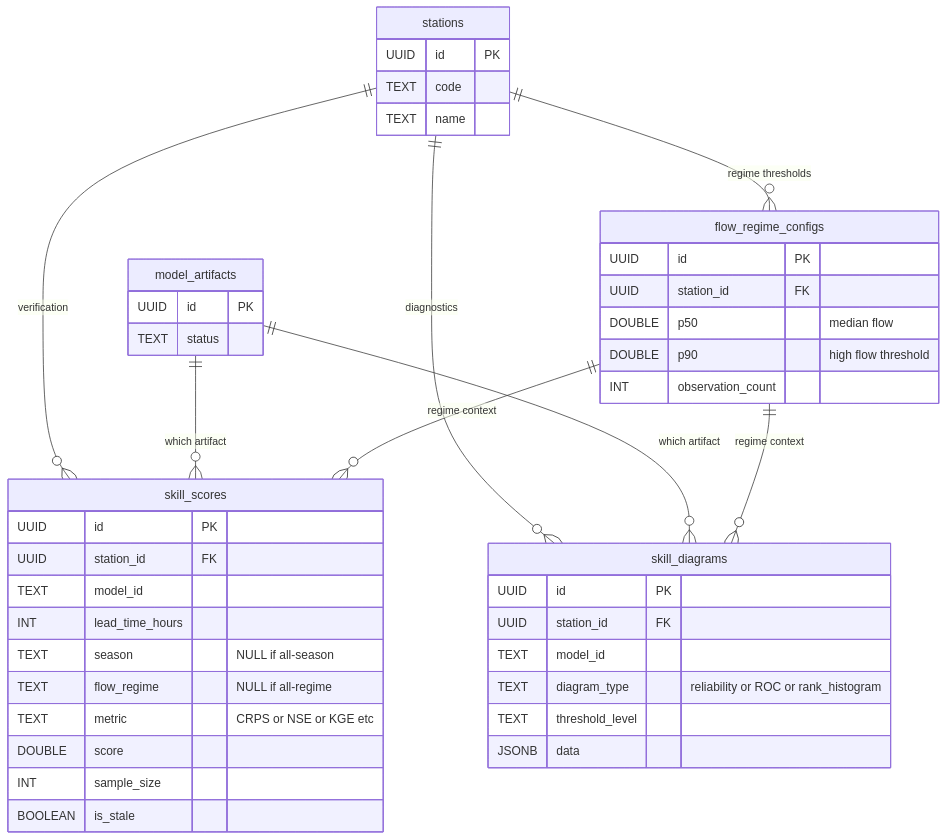
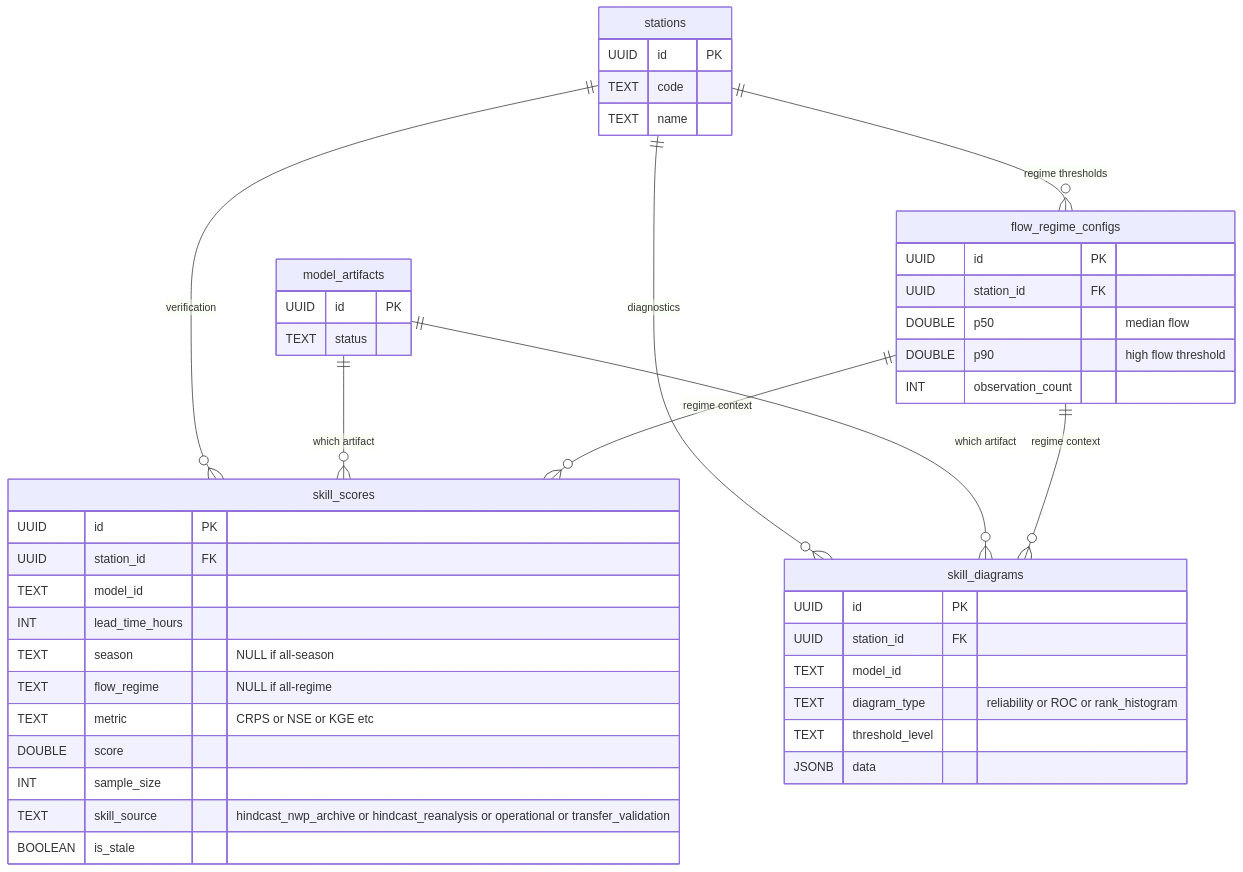
The sixth of 8 diagrams in docs/handover/data-model.md (hydrosolutions/SAPPHIRE_flow), drawn with Mermaid before and after one commit. The commit also changed other lines of this file and 3 other files, not shown here.

First line of the commit message:
docs: sync data-model.md and database-schema.md with implementation

````diff
--- a/docs/handover/data-model.md
+++ b/docs/handover/data-model.md
@@ -426,51 +468,52 @@
 ```mermaid
 erDiagram
     stations ||--o{ skill_scores : "verification"
     model_artifacts ||--o{ skill_scores : "which artifact"
     flow_regime_configs ||--o{ skill_scores : "regime context"
     stations ||--o{ skill_diagrams : "diagnostics"
     model_artifacts ||--o{ skill_diagrams : "which artifact"
     flow_regime_configs ||--o{ skill_diagrams : "regime context"
     stations ||--o{ flow_regime_configs : "regime thresholds"
 
     stations {
         UUID id PK
         TEXT code
         TEXT name
     }
 
     model_artifacts {
         UUID id PK
         TEXT status
     }
 
     skill_scores {
         UUID id PK
         UUID station_id FK
         TEXT model_id
         INT lead_time_hours
         TEXT season "NULL if all-season"
         TEXT flow_regime "NULL if all-regime"
         TEXT metric "CRPS or NSE or KGE etc"
         DOUBLE score
         INT sample_size
+        TEXT skill_source "hindcast_nwp_archive or hindcast_reanalysis or operational or transfer_validation"
         BOOLEAN is_stale
     }
 
     skill_diagrams {
         UUID id PK
         UUID station_id FK
         TEXT model_id
         TEXT diagram_type "reliability or ROC or rank_histogram"
         TEXT threshold_level
         JSONB data
     }
 
     flow_regime_configs {
         UUID id PK
         UUID station_id FK
         DOUBLE p50 "median flow"
         DOUBLE p90 "high flow threshold"
         INT observation_count
     }
 ```
````
